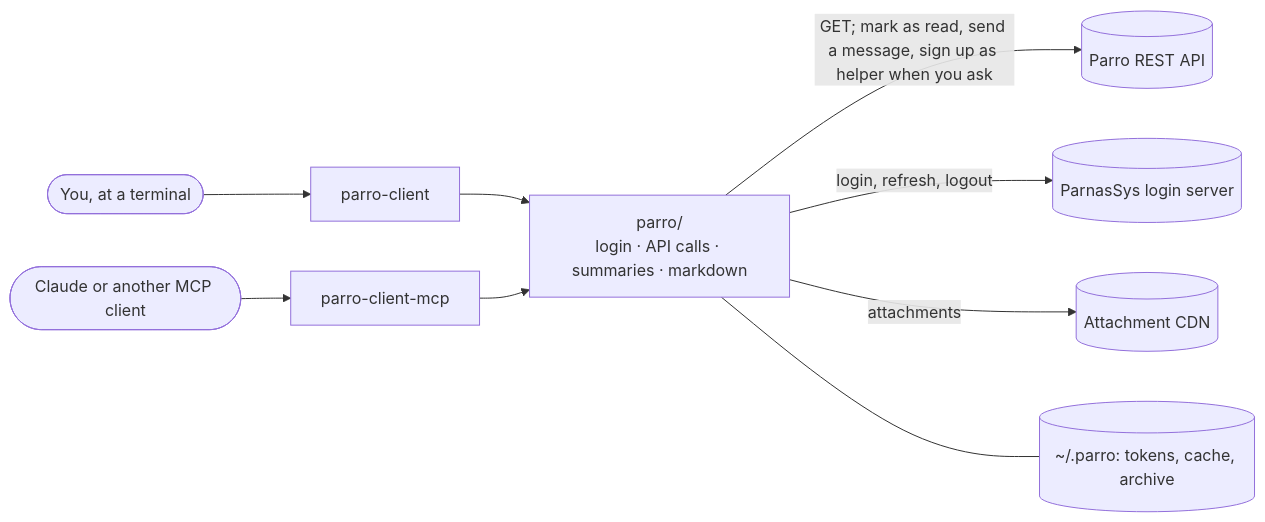
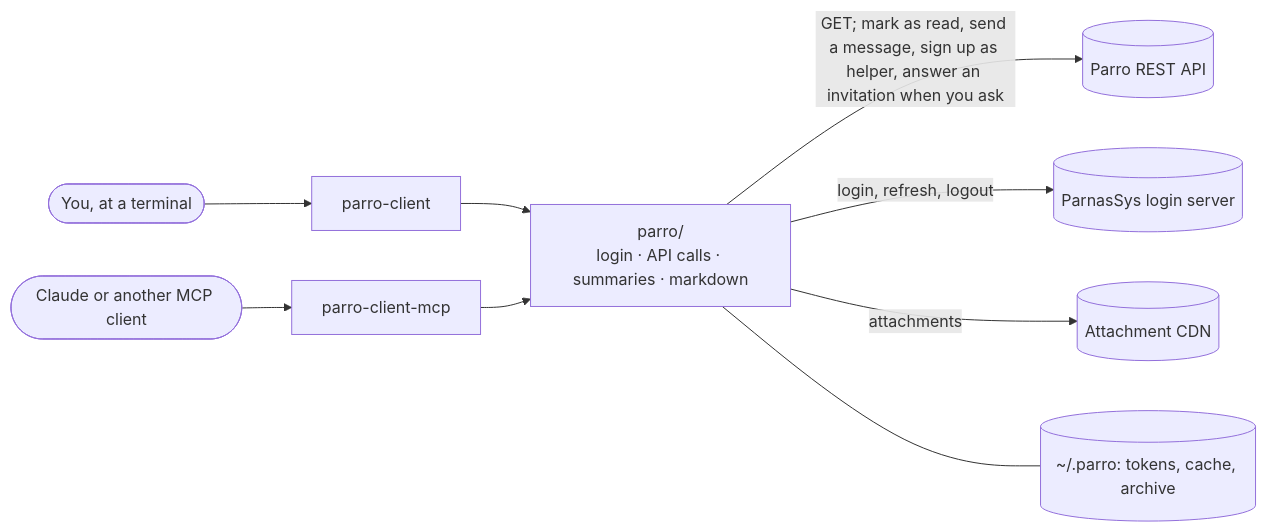
Before and after one commit to chris-swift-dev/parro-api-client: the diagram in README.md, drawn with Mermaid. The commit also changed other lines of this file and 25 other files, not shown here.

First line of the commit message:
Answer a calendar item's invitation, from the CLI and (switched on) MCP (#16)

````diff
--- a/README.md
+++ b/README.md
@@ -86,11 +88,11 @@
 ```mermaid
 flowchart LR
   you([You, at a terminal]) --> cli[parro-client]
   claude([Claude or another MCP client]) --> mcp[parro-client-mcp]
   cli --> core["parro/<br>login · API calls · summaries · markdown"]
   mcp --> core
-  core -- "GET; mark as read, send a message, sign up as helper when you ask" --> api[(Parro REST API)]
+  core -- "GET; mark as read, send a message, sign up as helper, answer an invitation when you ask" --> api[(Parro REST API)]
   core -- "login, refresh, logout" --> idp[(ParnasSys login server)]
   core -- "attachments" --> cdn[(Attachment CDN)]
   core --- disk[("~/.parro: tokens, cache, archive")]
 ```
````
